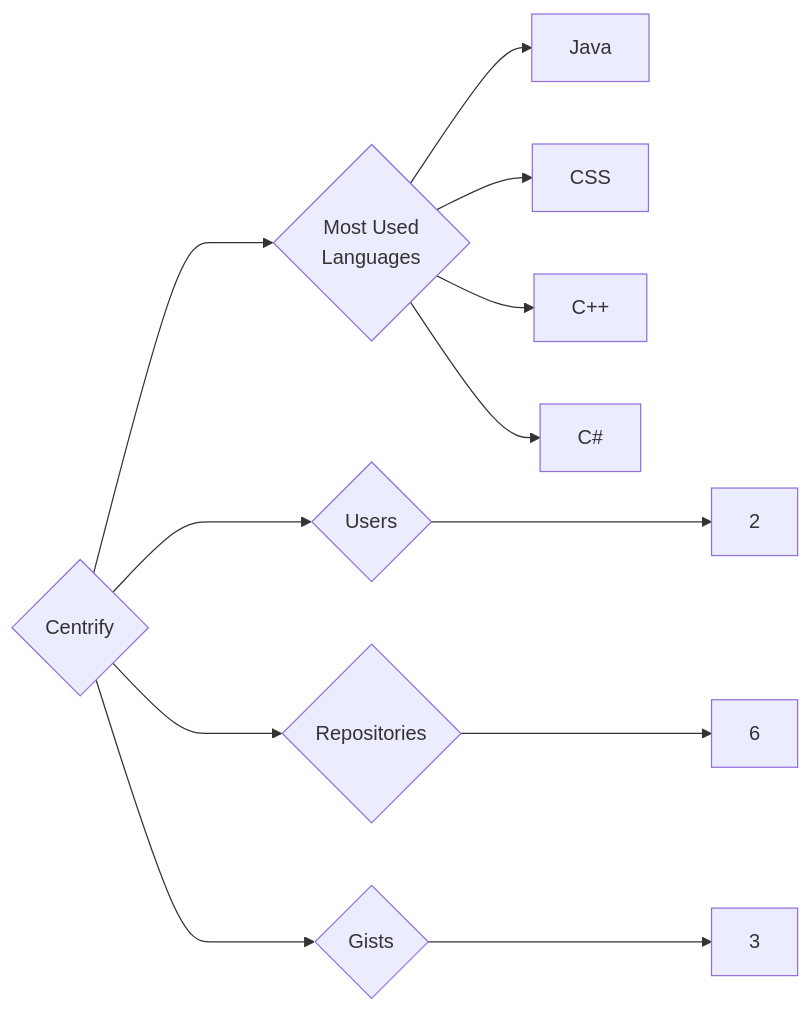
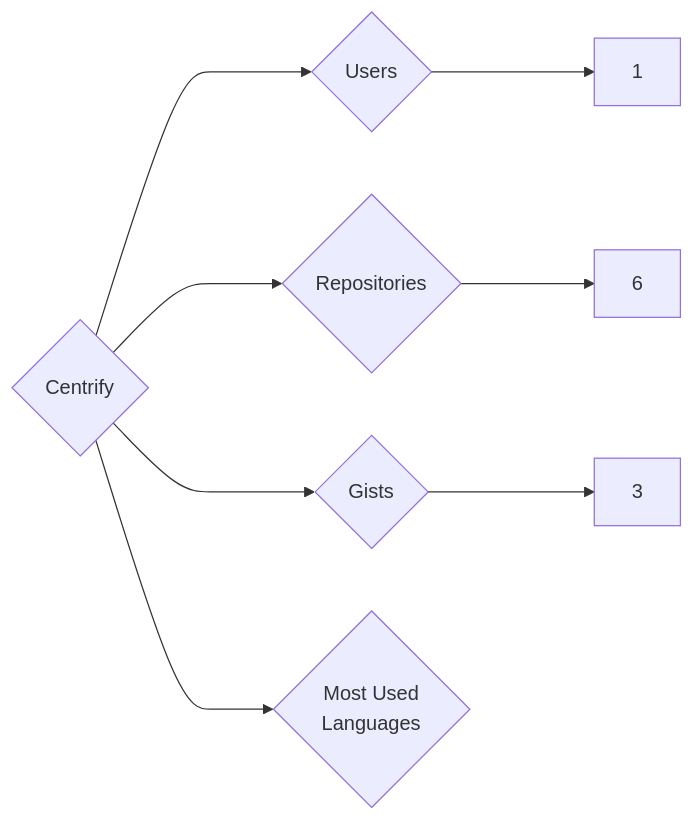
Before and after one commit to trickest/insiders: the diagram in targets/Centrify/README.md, drawn with Mermaid. The commit also changed 682 other files, not shown here.

````diff
--- a/targets/Centrify/README.md
+++ b/targets/Centrify/README.md
@@ -3,12 +3,8 @@
 ```mermaid
 graph LR
 COMPANY_NAME{Centrify}
-COMPANY_NAME ---> U{Users} ---> UN[2]
+COMPANY_NAME ---> U{Users} ---> UN[1]
 COMPANY_NAME ---> R{Repositories} ---> RN[6]
 COMPANY_NAME ---> G{Gists} ---> GN[3]
 COMPANY_NAME ---> ML{Most Used<br>Languages}
-ML --> Java[Java]
-ML --> CSS[CSS]
-ML --> C++[C++]
-ML --> C#[C#]
 ```
````
